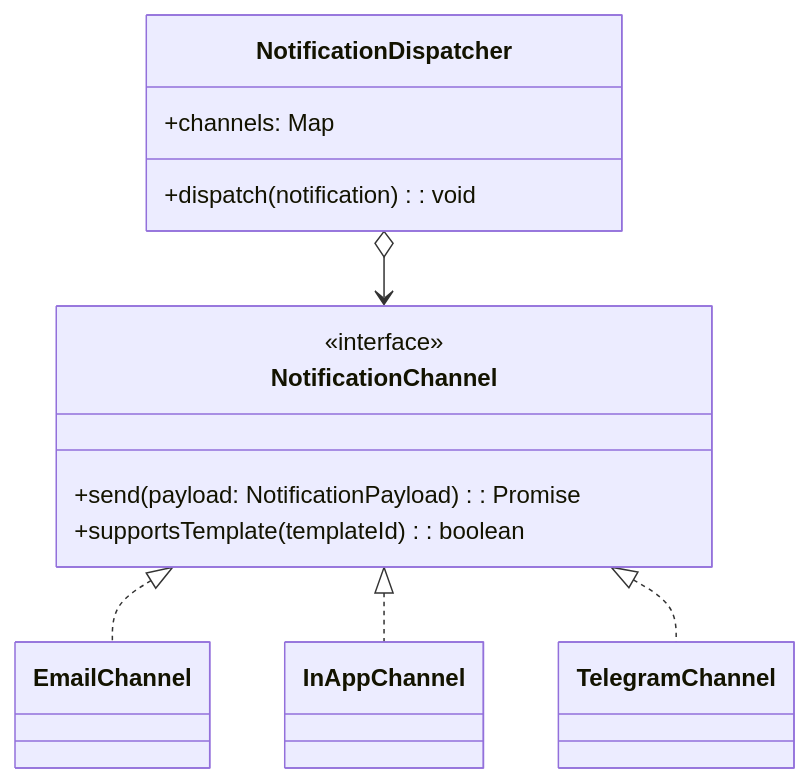
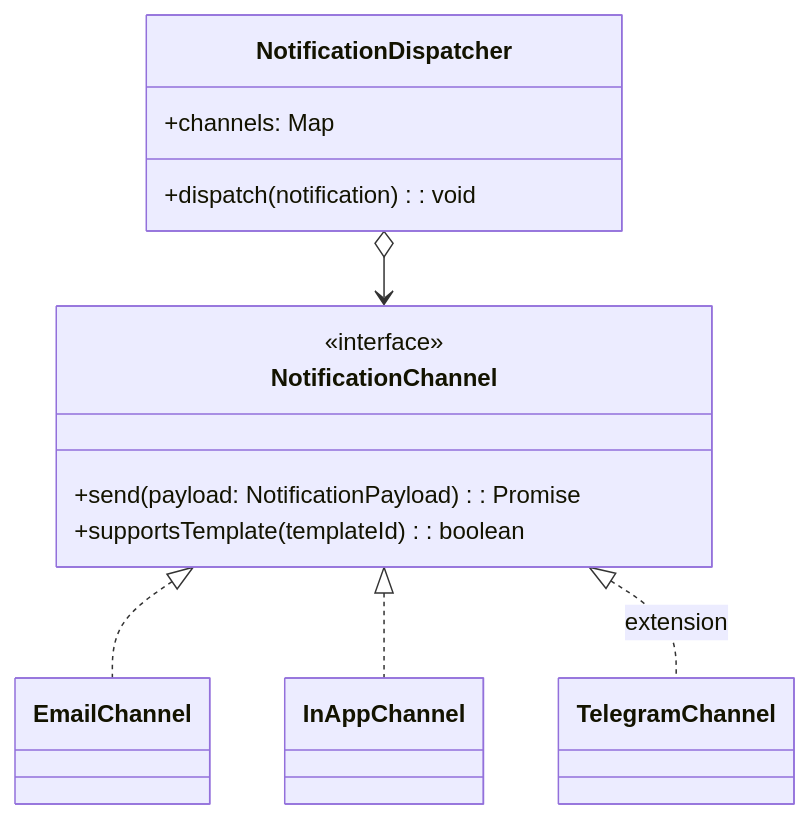
One commit to ThangTo/UniHub-Workshop changed the first of 2 diagrams in blueprint/specs/notification.md. Above: the diagram before and after it, drawn with Mermaid. The commit also changed other lines of this file and 11 other files, not shown here.

````diff
--- a/blueprint/specs/notification.md
+++ b/blueprint/specs/notification.md
@@ -22,22 +22,22 @@
 ```mermaid
 classDiagram
     class NotificationChannel {
         <<interface>>
         +send(payload: NotificationPayload): Promise<SendResult>
         +supportsTemplate(templateId): boolean
     }
     class EmailChannel
     class InAppChannel
     class TelegramChannel
 
     NotificationChannel <|.. EmailChannel
     NotificationChannel <|.. InAppChannel
-    NotificationChannel <|.. TelegramChannel
+    NotificationChannel <|.. TelegramChannel : extension
 
     class NotificationDispatcher {
         +channels: Map<string, NotificationChannel>
         +dispatch(notification): void
     }
 
     NotificationDispatcher o--> NotificationChannel
 ```
````
